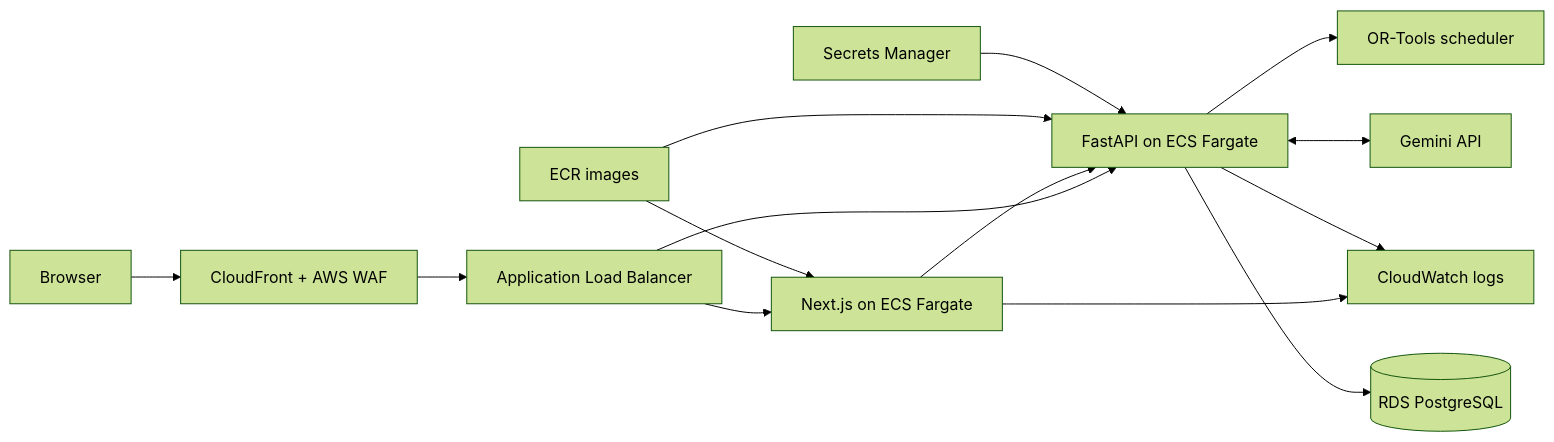
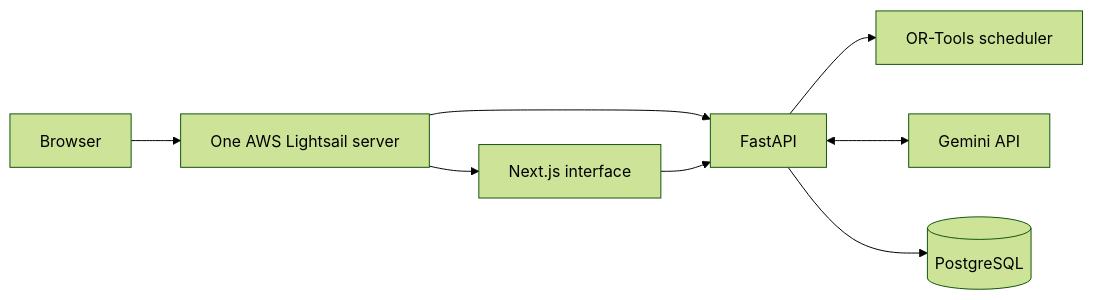
One commit to alex-rogo/ai-life-planner changed the diagram in README.md. Above: the diagram before and after it, drawn with Mermaid (forest theme). The commit also changed other lines of this file and 19 other files, not shown here.

````diff
--- a/README.md
+++ b/README.md
@@ -47,16 +47,10 @@
 ```mermaid
 flowchart LR
-    User[Browser] --> CF[CloudFront + AWS WAF]
-    CF --> ALB[Application Load Balancer]
-    ALB --> Web[Next.js on ECS Fargate]
-    ALB --> API[FastAPI on ECS Fargate]
+    User[Browser] --> Server[One AWS Lightsail server]
+    Server --> Web[Next.js interface]
+    Server --> API[FastAPI]
     Web --> API
     API --> Solver[OR-Tools scheduler]
     API <--> Gemini[Gemini API]
-    API --> DB[(RDS PostgreSQL)]
-    ECR[ECR images] --> Web
-    ECR --> API
-    Secrets[Secrets Manager] --> API
-    Web --> Logs[CloudWatch logs]
-    API --> Logs
+    API --> DB[(PostgreSQL)]
 ```
````
